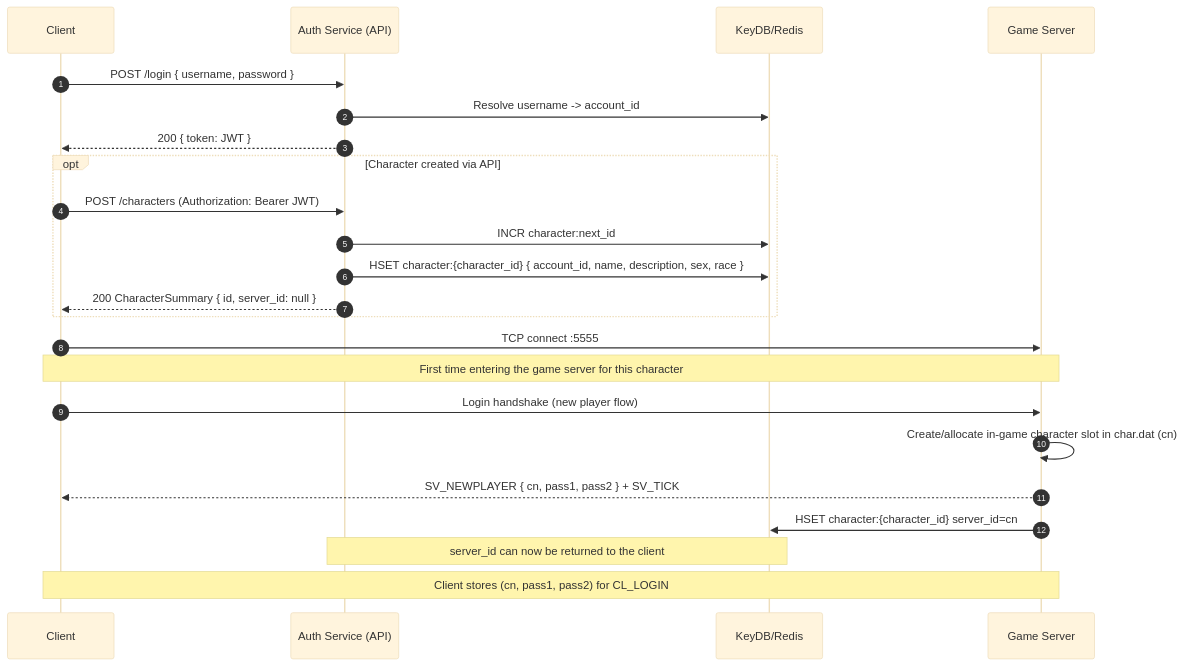
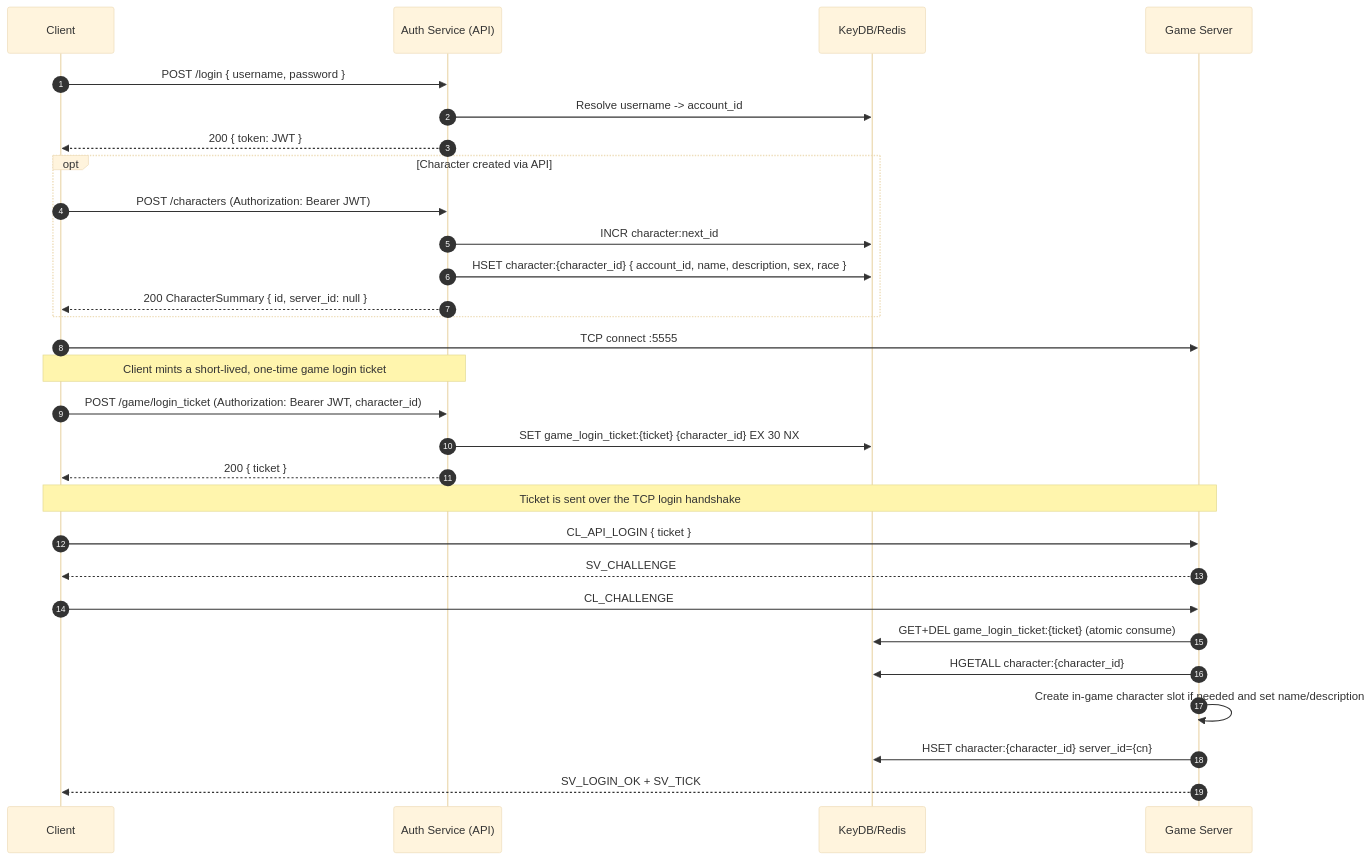
The fifth of 6 diagrams in api/README.md (engineerjames/men-among-gods-reforged), drawn with Mermaid (base theme) before and after one commit. The commit also changed other lines of this file, not shown here.

Commit message:
Correct README for API use

````diff
--- a/api/README.md
+++ b/api/README.md
@@ -195,29 +195,36 @@
 ```mermaid
 sequenceDiagram
     autonumber
     participant C as Client
     participant API as Auth Service (API)
     participant DB as KeyDB/Redis
     participant GS as Game Server
 
     C->>API: POST /login { username, password }
     API->>DB: Resolve username -> account_id
     API-->>C: 200 { token: JWT }
 
     opt Character created via API
         C->>API: POST /characters (Authorization: Bearer JWT)
         API->>DB: INCR character:next_id
         API->>DB: HSET character:{character_id} { account_id, name, description, sex, race }
         API-->>C: 200 CharacterSummary { id, server_id: null }
     end
 
     C->>GS: TCP connect :5555
-    Note over C,GS: First time entering the game server for this character
-    C->>GS: Login handshake (new player flow)
-    GS->>GS: Create/allocate in-game character slot in char.dat (cn)
-    GS-->>C: SV_NEWPLAYER { cn, pass1, pass2 } + SV_TICK
+    Note over C,API: Client mints a short-lived, one-time game login ticket
+    C->>API: POST /game/login_ticket (Authorization: Bearer JWT, character_id)
+    API->>DB: SET game_login_ticket:{ticket} {character_id} EX 30 NX
+    API-->>C: 200 { ticket }
 
-    GS->>DB: HSET character:{character_id} server_id=cn
-    Note over DB,API: server_id can now be returned to the client
-    Note over C,GS: Client stores (cn, pass1, pass2) for CL_LOGIN
+    Note over C,GS: Ticket is sent over the TCP login handshake
+    C->>GS: CL_API_LOGIN { ticket }
+    GS-->>C: SV_CHALLENGE
+    C->>GS: CL_CHALLENGE
+
+    GS->>DB: GET+DEL game_login_ticket:{ticket} (atomic consume)
+    GS->>DB: HGETALL character:{character_id}
+    GS->>GS: Create in-game character slot if needed and set name/description
+    GS->>DB: HSET character:{character_id} server_id={cn}
+    GS-->>C: SV_LOGIN_OK + SV_TICK
 ```
````
